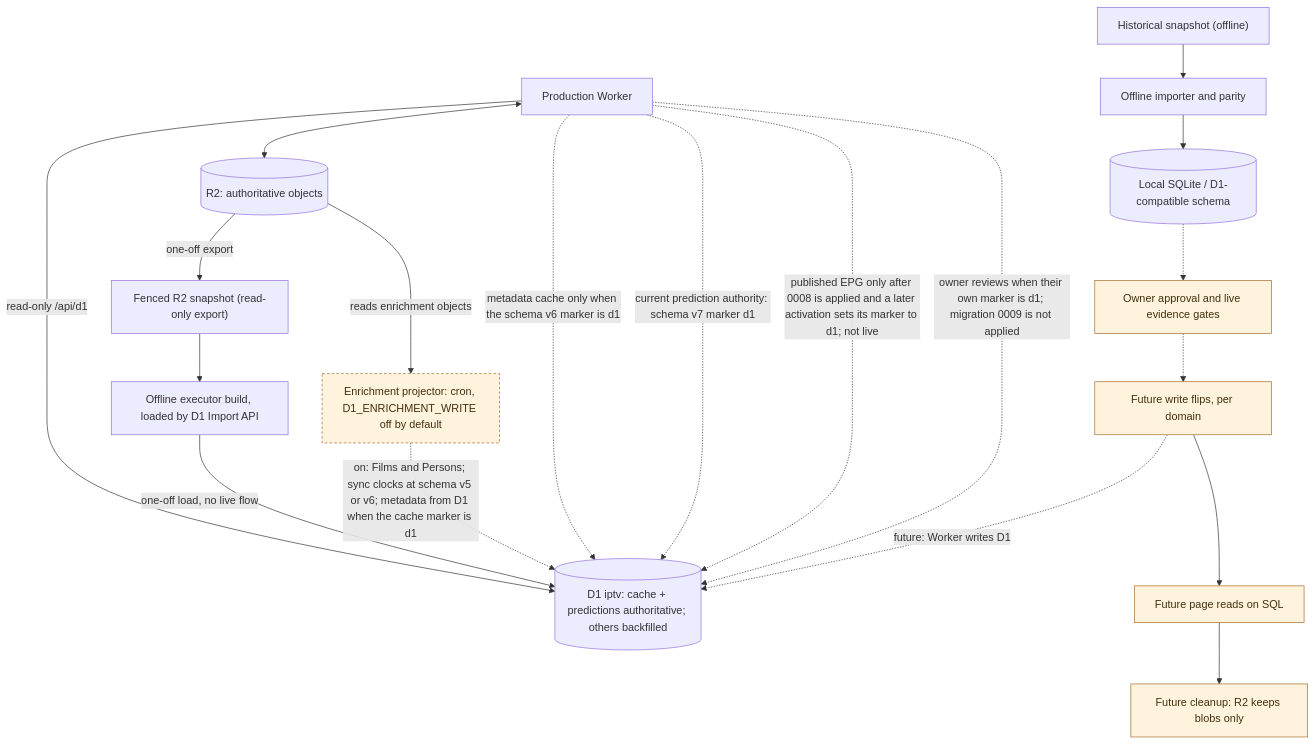
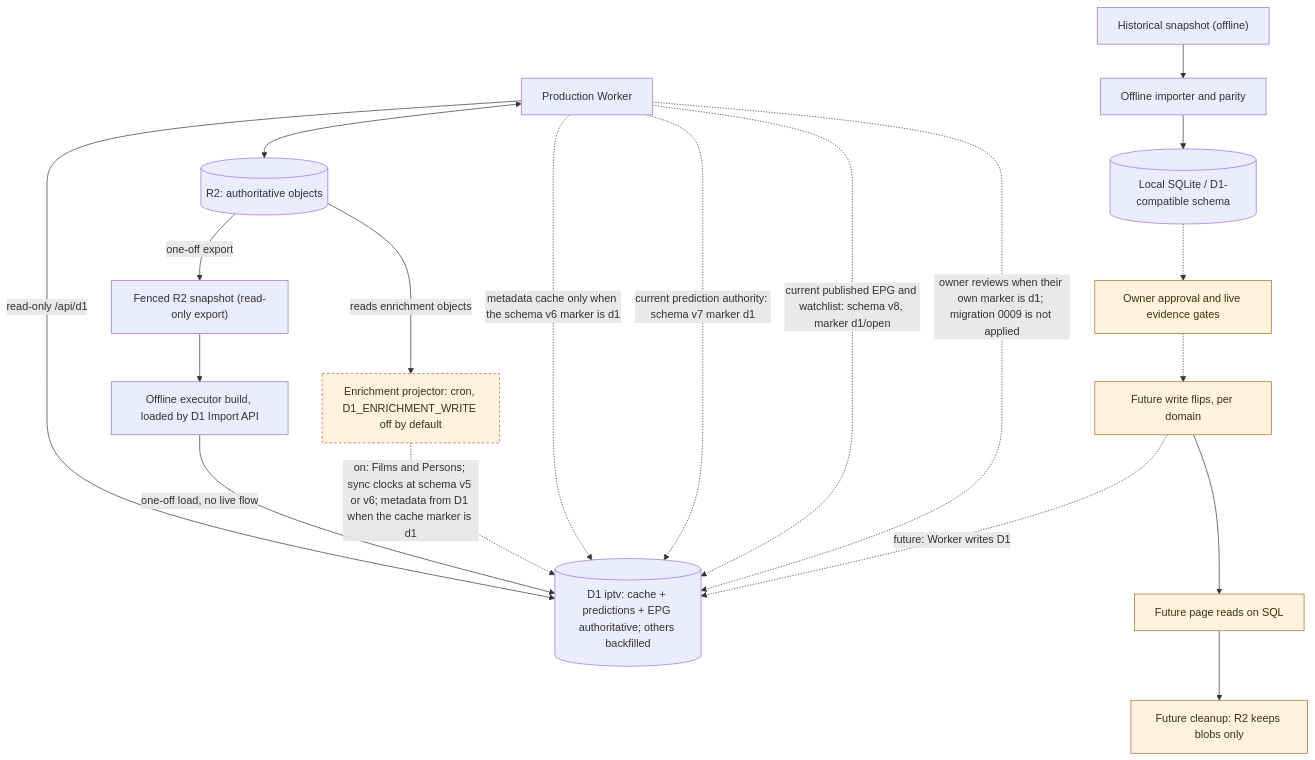
The diagram in docs/architecture/persistence-and-migration.md (vladimino/iptv-watchlist), drawn with Mermaid before and after one commit. The commit also changed other lines of this file and 10 other files, not shown here.

````diff
--- a/docs/architecture/persistence-and-migration.md
+++ b/docs/architecture/persistence-and-migration.md
@@ -5,32 +5,32 @@
 ```mermaid
 flowchart TD
     worker["Production Worker"]
     r2[("R2: authoritative objects")]
     archive["Historical snapshot (offline)"]
     importer["Offline importer and parity"]
     local[("Local SQLite / D1-compatible schema")]
     gate["Owner approval and live evidence gates"]
     snapshot["Fenced R2 snapshot (read-only export)"]
     reload["Offline executor build, loaded by D1 Import API"]
-    d1[("D1 iptv: cache + predictions authoritative; others backfilled")]
+    d1[("D1 iptv: cache + predictions + EPG authoritative; others backfilled")]
     projector["Enrichment projector: cron, D1_ENRICHMENT_WRITE off by default"]
     flipWrite["Future write flips, per domain"]
     flipRead["Future page reads on SQL"]
     retire["Future cleanup: R2 keeps blobs only"]
     worker <--> r2
     worker -->|read-only /api/d1| d1
     archive --> importer --> local
     local -.-> gate
     r2 -->|one-off export| snapshot --> reload -->|one-off load, no live flow| d1
     r2 -->|reads enrichment objects| projector -.->|on: Films and Persons; sync clocks at schema v5 or v6; metadata from D1 when the cache marker is d1| d1
     worker -.->|metadata cache only when the schema v6 marker is d1| d1
     worker -.->|current prediction authority: schema v7 marker d1| d1
-    worker -.->|published EPG only after 0008 is applied and a later activation sets its marker to d1; not live| d1
+    worker -.->|current published EPG and watchlist: schema v8, marker d1/open| d1
     worker -.->|owner reviews when their own marker is d1; migration 0009 is not applied| d1
     gate -.-> flipWrite -.->|future: Worker writes D1| d1
     flipWrite --> flipRead --> retire
     classDef future fill:#fff3de,stroke:#a56c2b,color:#42300e
     classDef gated fill:#fff3de,stroke:#a56c2b,color:#42300e,stroke-dasharray:4 3
     class gate,flipWrite,flipRead,retire future
     class projector gated
 ```
````
